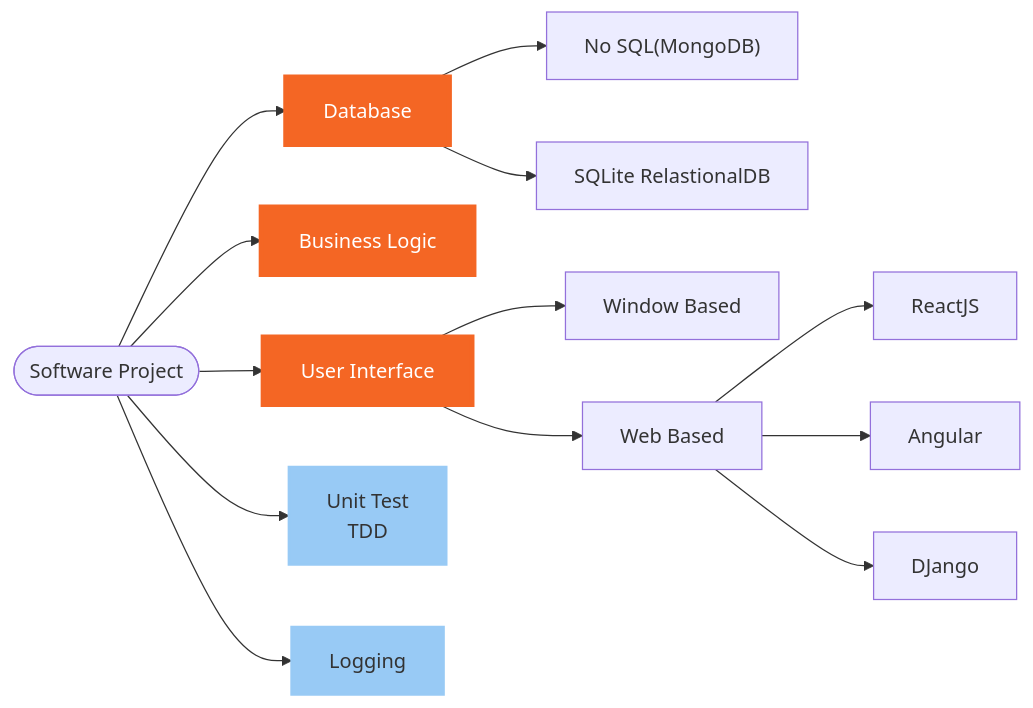
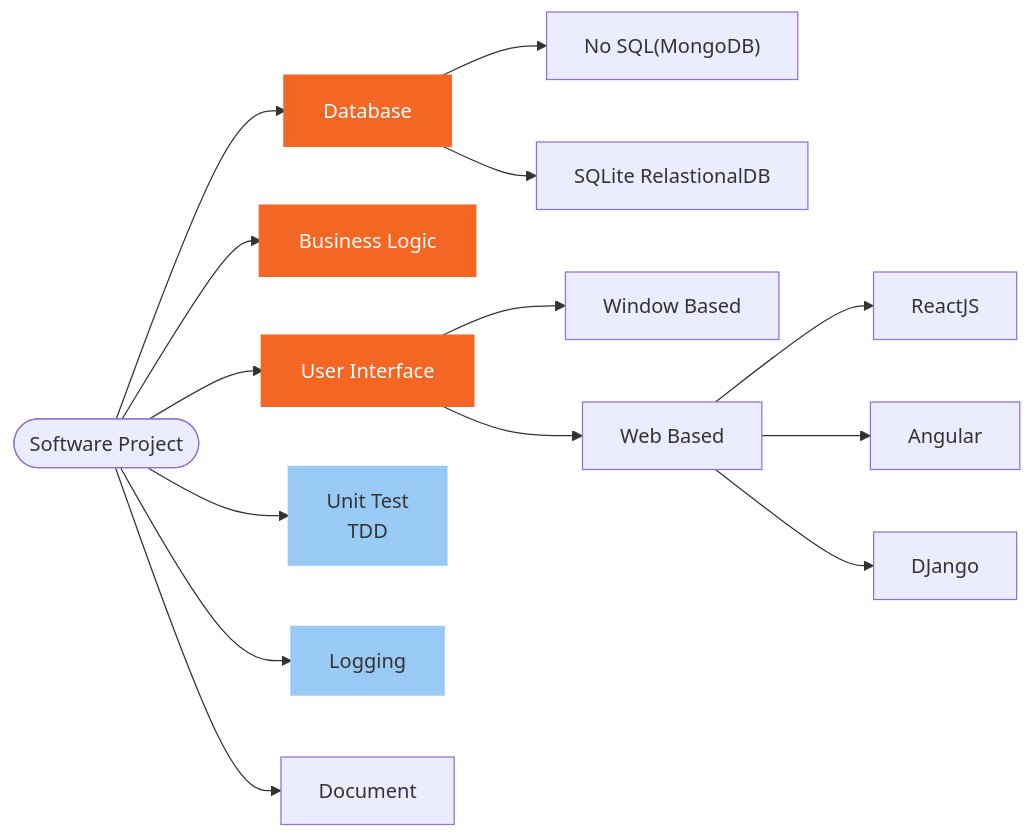
Before and after one commit to terrenceliu01/python1: the fourth of 6 diagrams in doc/python.md, drawn with Mermaid. The commit also changed other lines of this file and 16 other files, not shown here.

````diff
--- a/doc/python.md
+++ b/doc/python.md
@@ -242,28 +244,29 @@
 ```mermaid
 graph LR
 A([Software Project])
 D[User Interface]
 E[Business Logic]
 F[Database]
 G["No SQL(MongoDB)"]
 H["SQLite RelastionalDB"]
 I[Window Based]
 J[Web Based]
 K[ReactJS]
 L[Angular]
 M[DJango]
 N[Unit Test<br>TDD]
 O[Logging]
+P[Document]
 
 
-A --> D & E & F & N & O  
+A --> D & E & F & N & O & P
 D-->I & J
 F-->G & H
 J-->K & L & M
 
 classDef html fill:#F46624,stroke:#F46624,stroke-width:4px,color:white;
 classDef js fill:#98CAF5,stroke:#98CAF5,stroke-width:2px;
 
 class D,E,F html
 class N,O js
 ```
````
